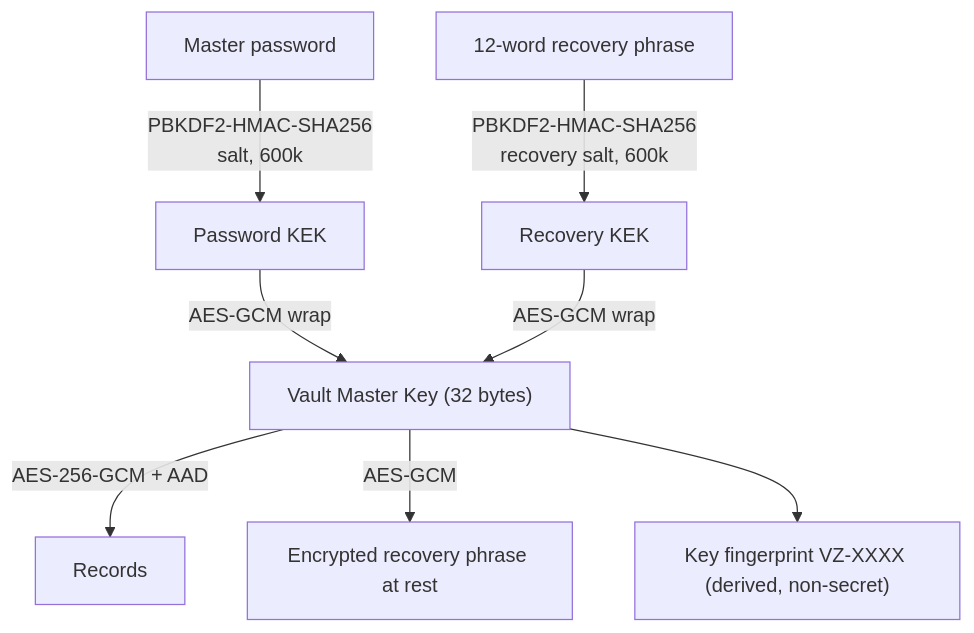
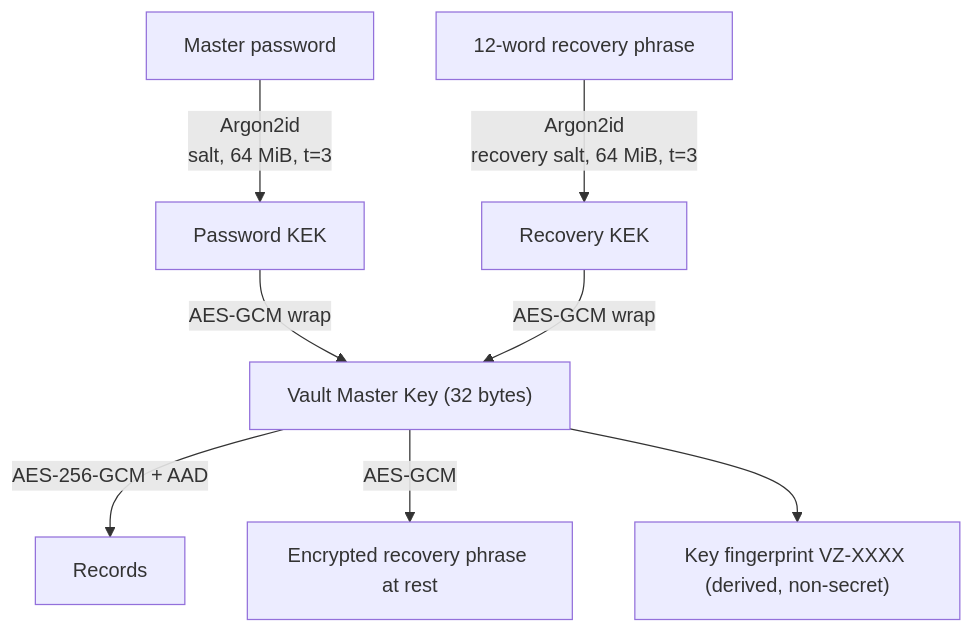
Before and after one commit to cipherwell/Vault-Zero: the diagram in docs/CRYPTO-SPEC.md, drawn with Mermaid. The commit also changed other lines of this file and 31 other files, not shown here.

````diff
--- a/docs/CRYPTO-SPEC.md
+++ b/docs/CRYPTO-SPEC.md
@@ -27,10 +30,10 @@
 ```mermaid
 flowchart TD
-  PW["Master password"] -->|PBKDF2-HMAC-SHA256<br/>salt, 600k| PKEK["Password KEK"]
-  RP["12-word recovery phrase"] -->|PBKDF2-HMAC-SHA256<br/>recovery salt, 600k| RKEK["Recovery KEK"]
+  PW["Master password"] -->|Argon2id<br/>salt, 64 MiB, t=3| PKEK["Password KEK"]
+  RP["12-word recovery phrase"] -->|Argon2id<br/>recovery salt, 64 MiB, t=3| RKEK["Recovery KEK"]
   PKEK -->|AES-GCM wrap| VMK["Vault Master Key (32 bytes)"]
   RKEK -->|AES-GCM wrap| VMK
   VMK -->|AES-256-GCM + AAD| REC["Records"]
   VMK -->|AES-GCM| EPH["Encrypted recovery phrase at rest"]
   VMK --> FP["Key fingerprint VZ-XXXX (derived, non-secret)"]
 ```
````
